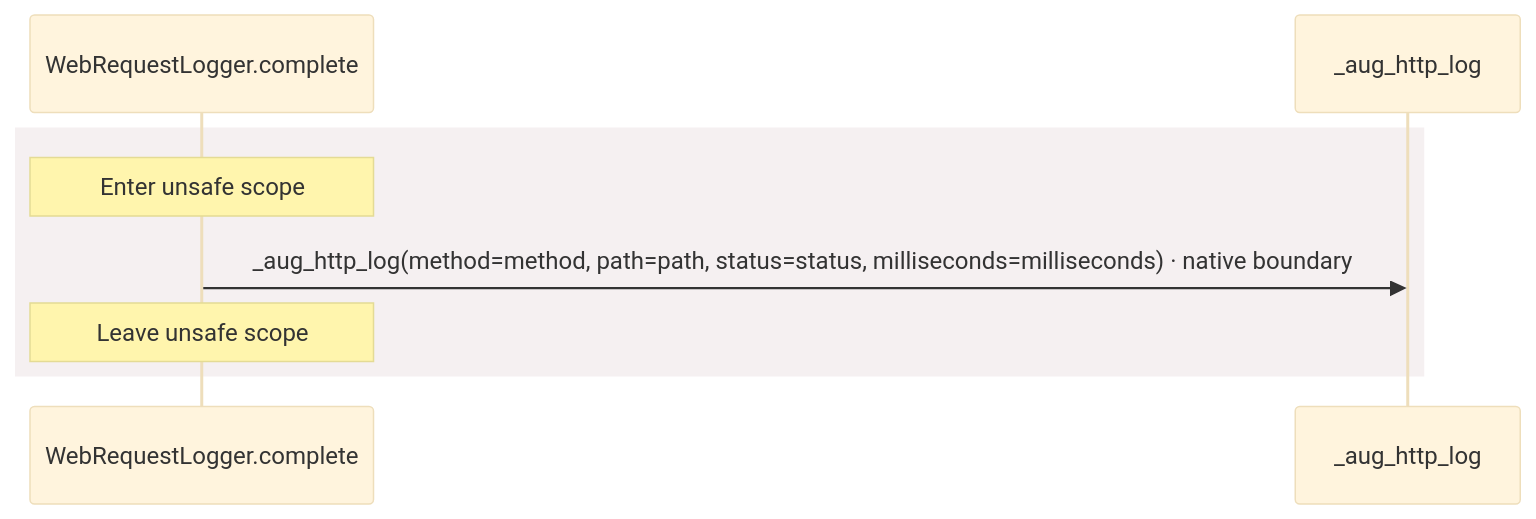
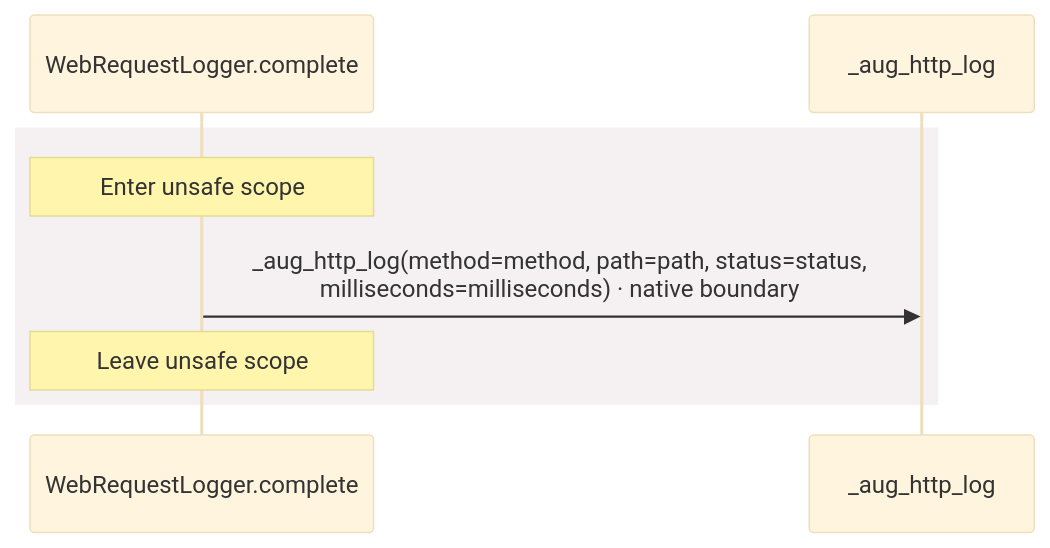
One commit to GreenPandaStudios/augscript changed the third of 7 diagrams in docs/examples/oidc-login/dependencies/packages/@git/url_897efafd565158fc4908/0.0.0-git.a39fc582565d4fca40be4f75fa304d71adc69301/contracts-diagrams.md. Above: the diagram before and after it, drawn with Mermaid (base theme). The commit also changed other lines of this file and 200 other files, not shown here.

Commit message:
Group imported operations and wrap readable sequence messages

````diff
--- a/docs/examples/oidc-login/dependencies/packages/@git/url_897efafd565158fc4908/0.0.0-git.a39fc582565d4fca40be4f75fa304d71adc69301/contracts-diagrams.md
+++ b/docs/examples/oidc-login/dependencies/packages/@git/url_897efafd565158fc4908/0.0.0-git.a39fc582565d4fca40be4f75fa304d71adc69301/contracts-diagrams.md
@@ -114,10 +114,10 @@
 ```mermaid
 sequenceDiagram
     participant p0 as WebRequestLogger.complete
     participant p1 as _aug_http_log
     rect rgb(245, 240, 241)
     Note over p0: Enter unsafe scope
-    p0->>p1: _aug_http_log(method=method, path=path, status=status, milliseconds=milliseconds) · native boundary
+    p0->>p1: _aug_http_log(method=method, path=path, status=status,<br/>milliseconds=milliseconds) · native boundary
     Note over p0: Leave unsafe scope
     end
 ```
````
